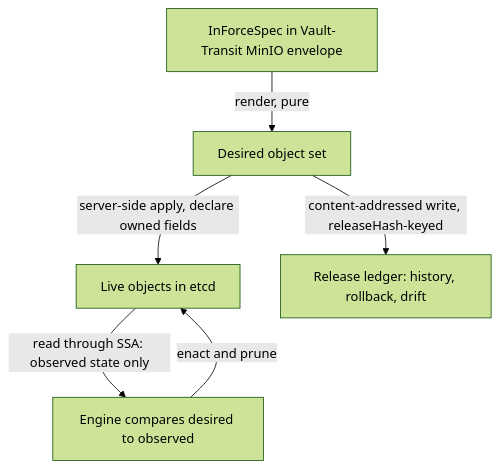
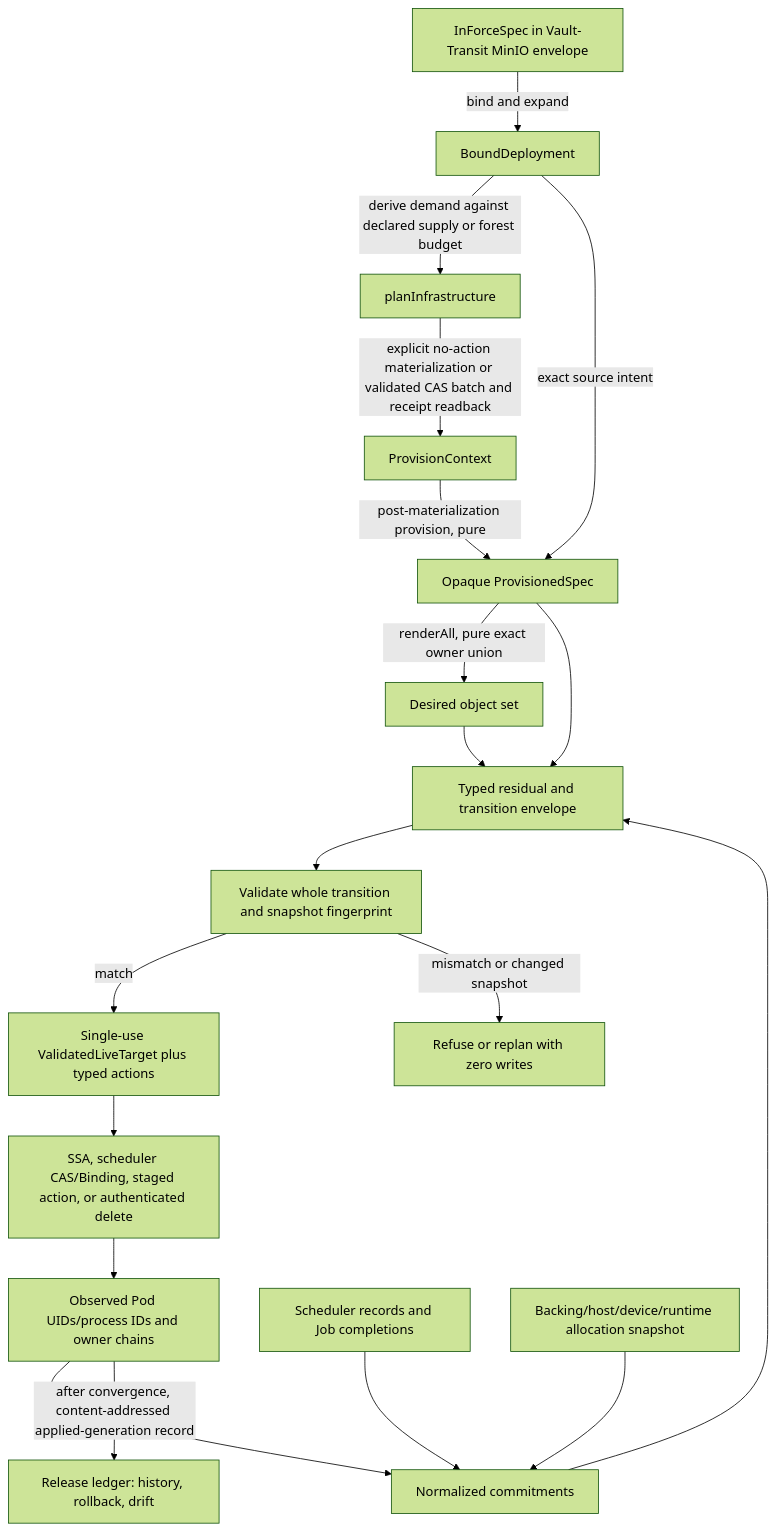
The fourth of 4 diagrams in documents/engineering/manifest_generation_doctrine.md (Tuee22/amoebius), drawn with Mermaid (forest theme) before and after one commit. The commit also changed other lines of this file and 87 other files, not shown here.

````diff
--- a/documents/engineering/manifest_generation_doctrine.md
+++ b/documents/engineering/manifest_generation_doctrine.md
@@ -380,8 +658,21 @@
 ```mermaid
 flowchart TD
-  dhall[InForceSpec in Vault-Transit MinIO envelope] -->|render, pure| desired[Desired object set]
-  desired -->|server-side apply, declare owned fields| live[Live objects in etcd]
-  live -->|read through SSA: observed state only| diff[Engine compares desired to observed]
-  diff -->|enact and prune| live
-  desired -->|content-addressed write, releaseHash-keyed| log[Release ledger: history, rollback, drift]
+  dhall[InForceSpec in Vault-Transit MinIO envelope] -->|bind and expand| bound[BoundDeployment]
+  bound -->|derive demand against declared supply or forest budget| infraPlan[planInfrastructure]
+  infraPlan -->|explicit no-action materialization or validated CAS batch and receipt readback| context[ProvisionContext]
+  context -->|post-materialization provision, pure| checked[Opaque ProvisionedSpec]
+  bound -->|exact source intent| checked
+  checked -->|renderAll, pure exact owner union| desired[Desired object set]
+  live[Observed Pod UIDs/process IDs and owner chains] --> normalize[Normalized commitments]
+  ledger[Scheduler records and Job completions] --> normalize
+  inventory[Backing/host/device/runtime allocation snapshot] --> normalize
+  desired --> transition[Typed residual and transition envelope]
+  normalize --> transition
+  checked --> transition
+  transition --> preflight[Validate whole transition and snapshot fingerprint]
+  preflight -->|match| token[Single-use ValidatedLiveTarget plus typed actions]
+  preflight -->|mismatch or changed snapshot| refuse[Refuse or replan with zero writes]
+  token --> enact[SSA, scheduler CAS/Binding, staged action, or authenticated delete]
+  enact --> live
+  live -->|after convergence, content-addressed applied-generation record| log[Release ledger: history, rollback, drift]
 ```
````
